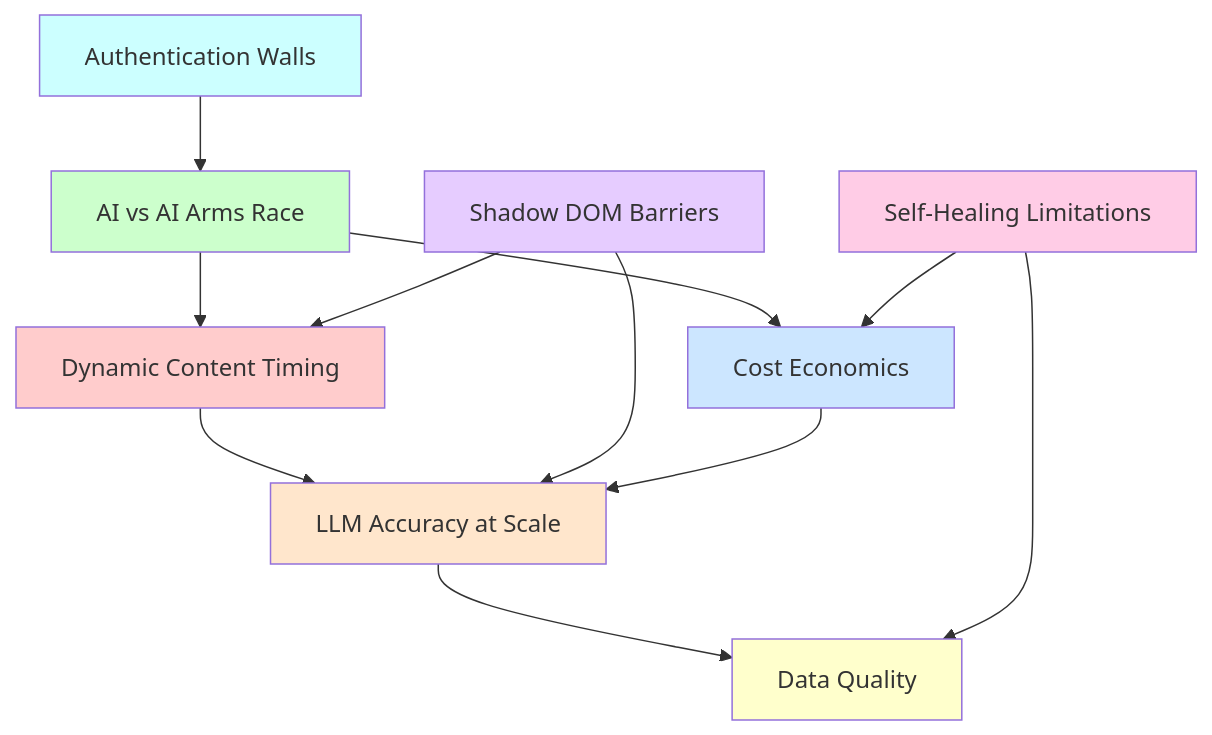
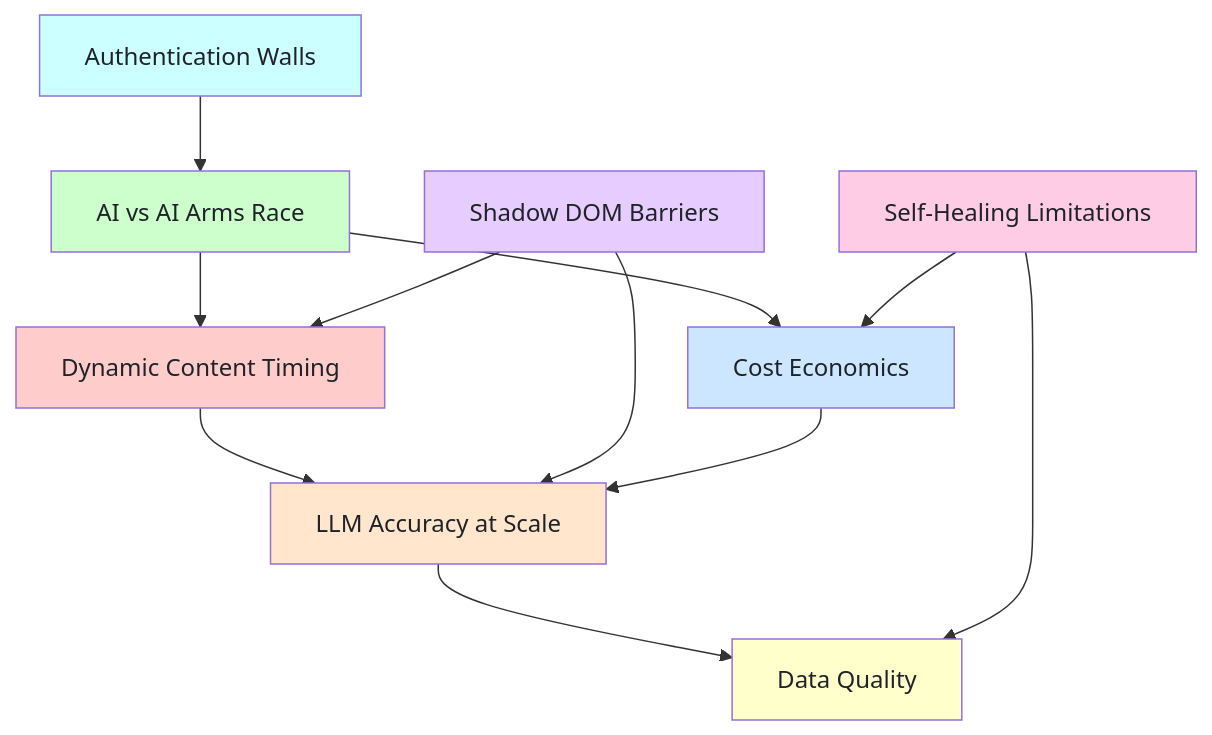
The first of 6 diagrams in _posts/2026-02-14-the-unsolved-problems-of-ai-web-scraping-in-2026.md (bytetunnels/bytetunnels.github.com), drawn with Mermaid before and after one commit. The commit also changed other lines of this file and 118 other files, not shown here.

Commit message:
feat: improve diagram styling and compact wide flowcharts

````diff
--- a/_posts/2026-02-14-the-unsolved-problems-of-ai-web-scraping-in-2026.md
+++ b/_posts/2026-02-14-the-unsolved-problems-of-ai-web-scraping-in-2026.md
@@ -21,22 +21,22 @@
 ```mermaid
 graph TD
     A["Dynamic Content Timing"] --> B["LLM Accuracy at Scale"]
     B --> C["Data Quality"]
     D["AI vs AI Arms Race"] --> A
     D --> E["Cost Economics"]
     F["Shadow DOM Barriers"] --> A
     F --> B
     G["Self-Healing Limitations"] --> C
     G --> E
     H["Authentication Walls"] --> D
     E --> B
 
-    style A fill:#ffcccc
-    style B fill:#ffe6cc
-    style C fill:#ffffcc
-    style D fill:#ccffcc
-    style E fill:#cce6ff
-    style F fill:#e6ccff
-    style G fill:#ffcce6
-    style H fill:#ccffff
+    style A fill:#ffcccc,color:#1f2328
+    style B fill:#ffe6cc,color:#1f2328
+    style C fill:#ffffcc,color:#1f2328
+    style D fill:#ccffcc,color:#1f2328
+    style E fill:#cce6ff,color:#1f2328
+    style F fill:#e6ccff,color:#1f2328
+    style G fill:#ffcce6,color:#1f2328
+    style H fill:#ccffff,color:#1f2328
 ```
````
